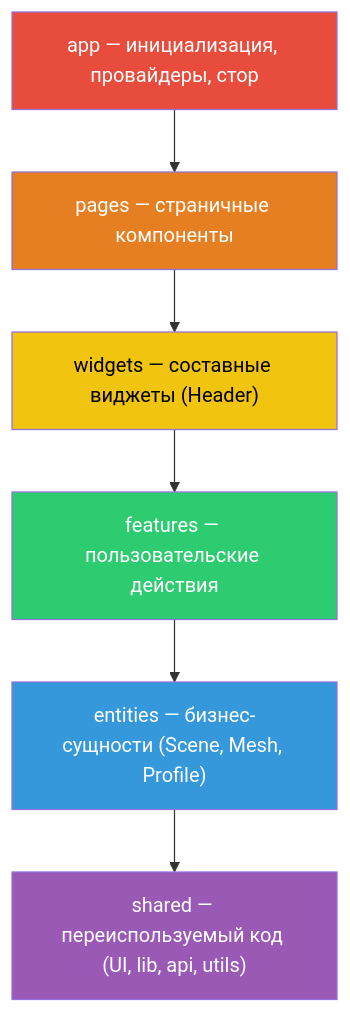
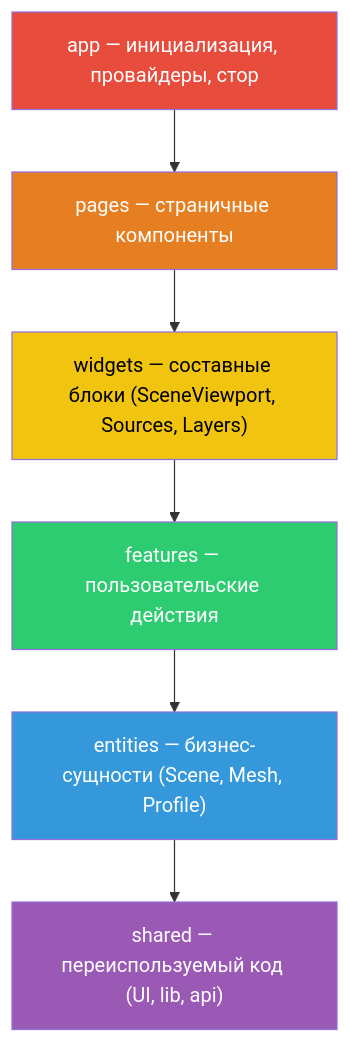
One commit to Nikita-Ardashev/dnd-frontend changed the diagram in docs/02-feature-sliced-design.md. Above: the diagram before and after it, drawn with Mermaid. The commit also changed other lines of this file and 185 other files, not shown here.

````diff
--- a/docs/02-feature-sliced-design.md
+++ b/docs/02-feature-sliced-design.md
@@ -12,22 +12,22 @@
 ```mermaid
 graph TD
     APP["app — инициализация, провайдеры, стор"]
     PAGES["pages — страничные компоненты"]
-    WIDGETS["widgets — составные виджеты (Header)"]
+    WIDGETS["widgets — составные блоки (SceneViewport, Sources, Layers)"]
     FEATURES["features — пользовательские действия"]
     ENTITIES["entities — бизнес-сущности (Scene, Mesh, Profile)"]
-    SHARED["shared — переиспользуемый код (UI, lib, api, utils)"]
+    SHARED["shared — переиспользуемый код (UI, lib, api)"]
 
     APP --> PAGES
     PAGES --> WIDGETS
     WIDGETS --> FEATURES
     FEATURES --> ENTITIES
     ENTITIES --> SHARED
 
     style APP fill:#e74c3c,color:#fff
     style PAGES fill:#e67e22,color:#fff
     style WIDGETS fill:#f1c40f,color:#000
     style FEATURES fill:#2ecc71,color:#fff
     style ENTITIES fill:#3498db,color:#fff
     style SHARED fill:#9b59b6,color:#fff
 ```
````
